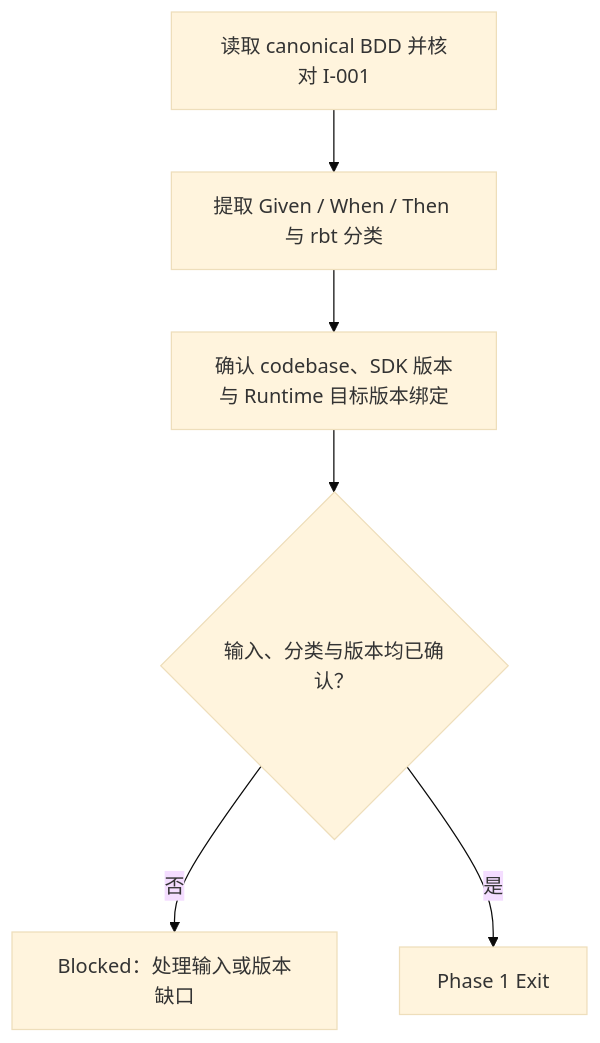
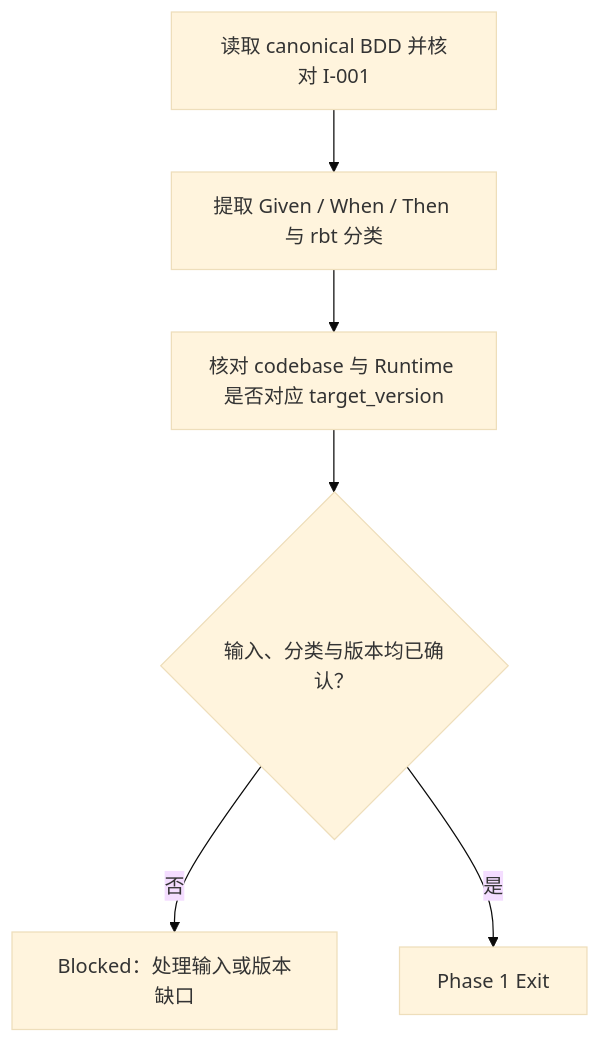
One commit to daihothot/scout changed the first of 7 diagrams in assets/scout/skills/domain-rbt-executor/SKILL.md. Above: the diagram before and after it, drawn with Mermaid (base theme). The commit also changed other lines of this file and 11 other files, not shown here.

First line of the commit message:
docs(rbt): align main-flow Skills with structured Artifact handoffs

````diff
--- a/assets/scout/skills/domain-rbt-executor/SKILL.md
+++ b/assets/scout/skills/domain-rbt-executor/SKILL.md
@@ -92,8 +112,8 @@
 ```mermaid
 flowchart TD
   A["读取 canonical BDD 并核对 I-001"] --> B["提取 Given / When / Then 与 rbt 分类"]
-  B --> C["确认 codebase、SDK 版本与 Runtime 目标版本绑定"]
+  B --> C["核对 codebase 与 Runtime 是否对应 target_version"]
   C --> D{"输入、分类与版本均已确认？"}
   D -- 否 --> X["Blocked：处理输入或版本缺口"]
   D -- 是 --> E["Phase 1 Exit"]
 ```
````
